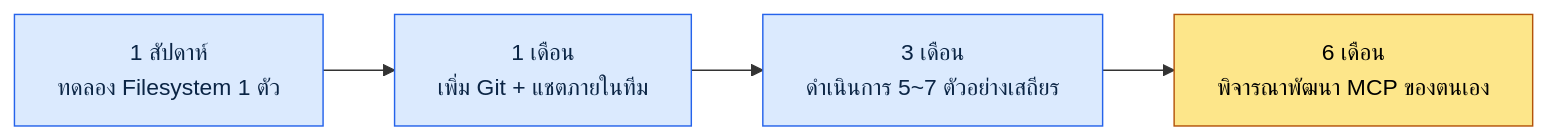
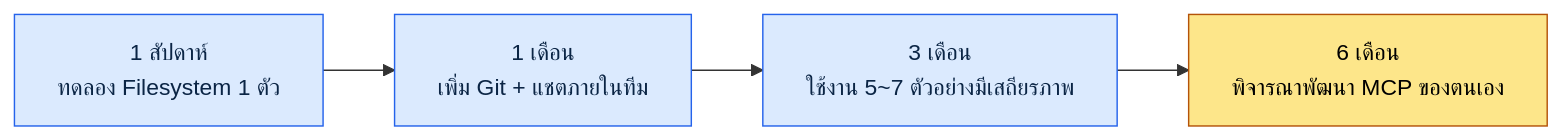
One commit to eremes81/game-design-ai-practice-th changed the diagram in manuscript/part99-appendix/appendix-E-mcp-server-catalog.md. Above: the diagram before and after it, drawn with Mermaid. The commit also changed other lines of this file and 64 other files, not shown here.

````diff
--- a/manuscript/part99-appendix/appendix-E-mcp-server-catalog.md
+++ b/manuscript/part99-appendix/appendix-E-mcp-server-catalog.md
@@ -84,10 +84,10 @@
 ```mermaid
 flowchart LR
     A["1 สัปดาห์<br/>ทดลอง Filesystem 1 ตัว"] --> B["1 เดือน<br/>เพิ่ม Git + แชตภายในทีม"]
-    B --> C["3 เดือน<br/>ดำเนินการ 5~7 ตัวอย่างเสถียร"]
+    B --> C["3 เดือน<br/>ใช้งาน 5~7 ตัวอย่างมีเสถียรภาพ"]
     C --> D["6 เดือน<br/>พิจารณาพัฒนา MCP ของตนเอง"]
     classDef code fill:#dbeafe,stroke:#2563eb,color:#0b2545;
     classDef human fill:#fde68a,stroke:#b45309,color:#000;
     class A,B,C code;
     class D human;
 ```
````
